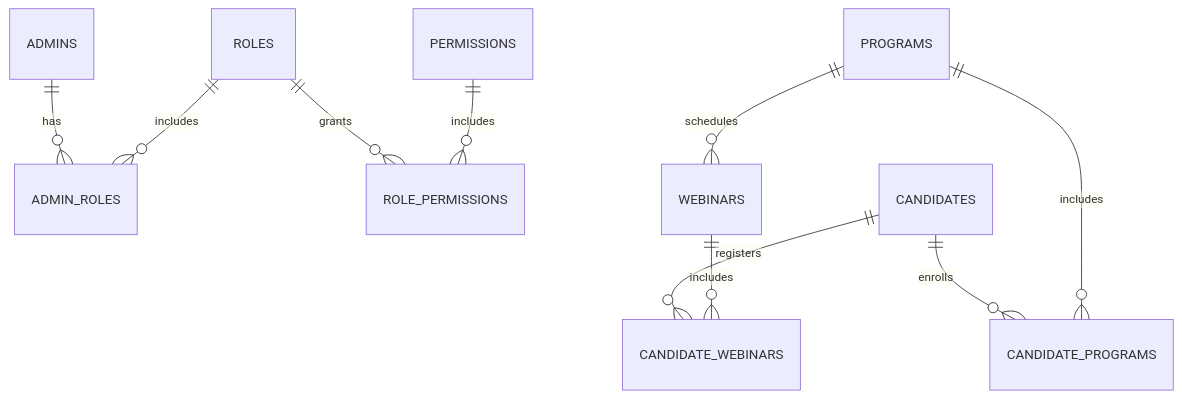
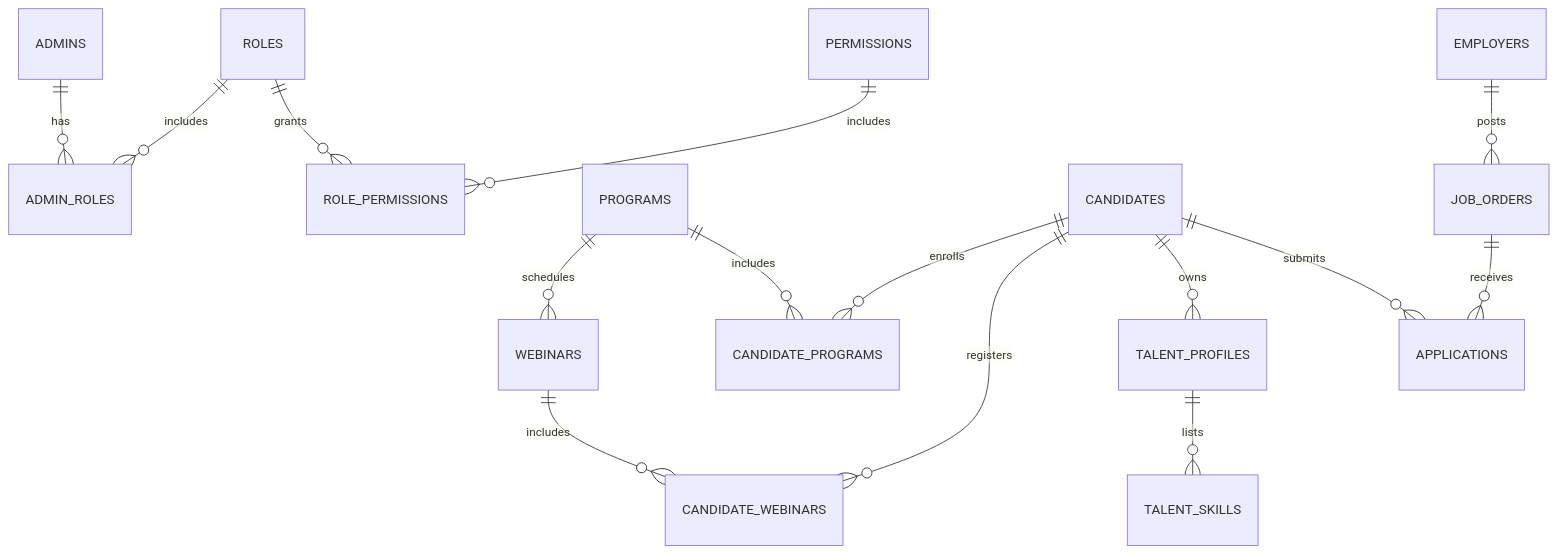
One commit to jabbar-app/cautious-spoon changed the fourth of 4 diagrams in docs/01-PLATFORM_OVERVIEW.md. Above: the diagram before and after it, drawn with Mermaid. The commit also changed other lines of this file and 2 other files, not shown here.

````diff
--- a/docs/01-PLATFORM_OVERVIEW.md
+++ b/docs/01-PLATFORM_OVERVIEW.md
@@ -154,12 +154,19 @@
 ```mermaid
 erDiagram
   ADMINS ||--o{ ADMIN_ROLES : has
   ROLES  ||--o{ ADMIN_ROLES : includes
   ROLES  ||--o{ ROLE_PERMISSIONS : grants
   PERMISSIONS ||--o{ ROLE_PERMISSIONS : includes
   PROGRAMS ||--o{ WEBINARS : schedules
   CANDIDATES ||--o{ CANDIDATE_PROGRAMS : enrolls
   PROGRAMS   ||--o{ CANDIDATE_PROGRAMS : includes
   CANDIDATES ||--o{ CANDIDATE_WEBINARS : registers
   WEBINARS   ||--o{ CANDIDATE_WEBINARS : includes
+  %% Talent (illustrative)
+  CANDIDATES ||--o{ TALENT_PROFILES : owns
+  TALENT_PROFILES ||--o{ TALENT_SKILLS : lists
+  %% Vacancy (illustrative)
+  EMPLOYERS ||--o{ JOB_ORDERS : posts
+  CANDIDATES ||--o{ APPLICATIONS : submits
+  JOB_ORDERS ||--o{ APPLICATIONS : receives
 ```
````
